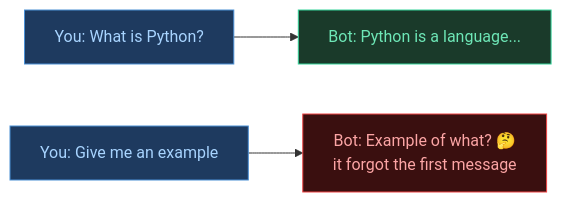
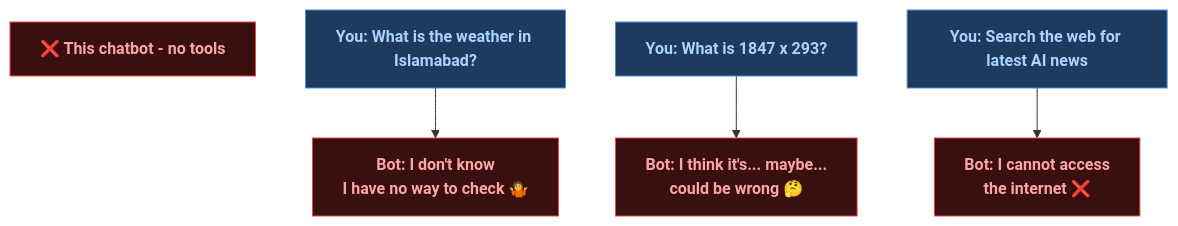
The eighth of 9 diagrams in README.md (abdulsamadxai/groq-chatbot-basic), drawn with Mermaid before and after one commit. The commit also changed other lines of this file, not shown here.

First line of the commit message:
Revise README for chatbot memory feature

````diff
--- a/README.md
+++ b/README.md
@@ -287,9 +321,12 @@
 ```mermaid
-flowchart LR
-    A["You: What is Python?"]:::blue --> B["Bot: Python is a language..."]:::green
-    C["You: Give me an example"]:::blue --> D["Bot: Example of what? 🤔\nit forgot the first message"]:::red
+flowchart TD
+    A["❌ This chatbot - no tools"]:::label
 
+    A1["You: What is the weather in Islamabad?"]:::blue --> B1["Bot: I don't know\nI have no way to check 🤷"]:::red
+    A2["You: What is 1847 x 293?"]:::blue --> B2["Bot: I think it's... maybe...\ncould be wrong 🤔"]:::red
+    A3["You: Search the web for latest AI news"]:::blue --> B3["Bot: I cannot access\nthe internet ❌"]:::red
+
+    classDef label fill:#3a0f0f,stroke:#ef4444,color:#fca5a5,font-weight:bold
     classDef blue fill:#1e3a5f,stroke:#4a8fd4,color:#a8d4ff
-    classDef green fill:#1a3a2a,stroke:#34d399,color:#6ee7b7
     classDef red fill:#3a0f0f,stroke:#ef4444,color:#fca5a5
 ```
````
